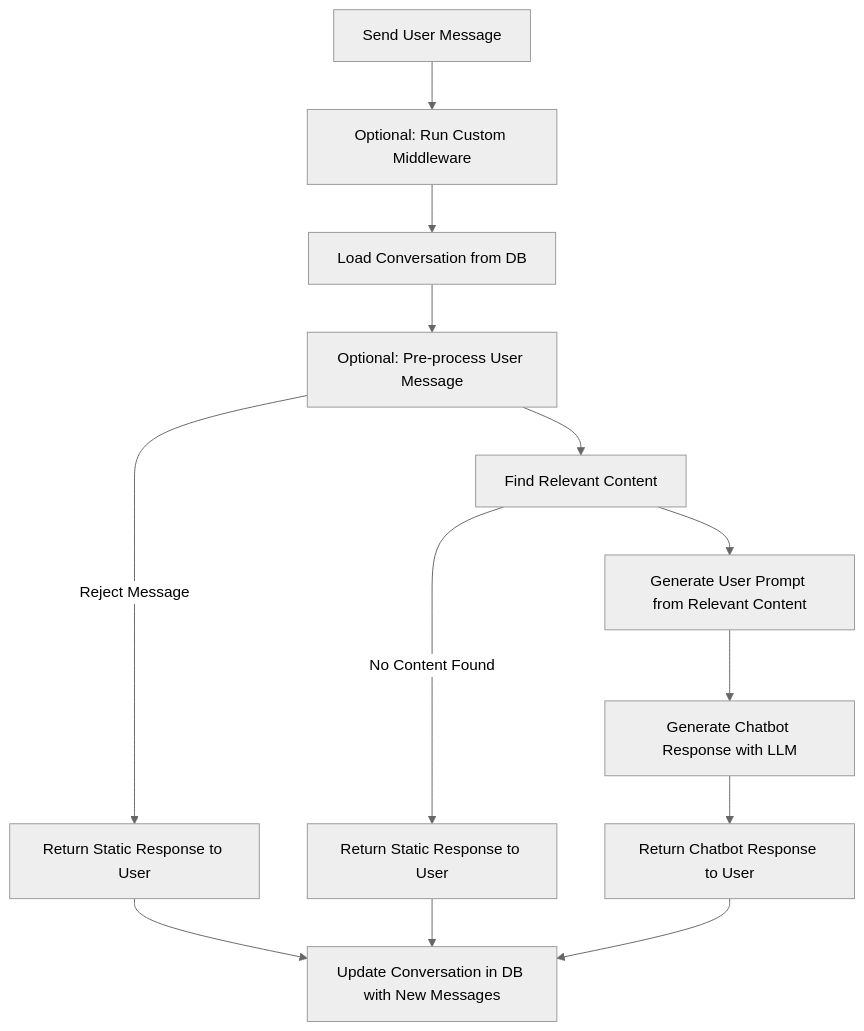
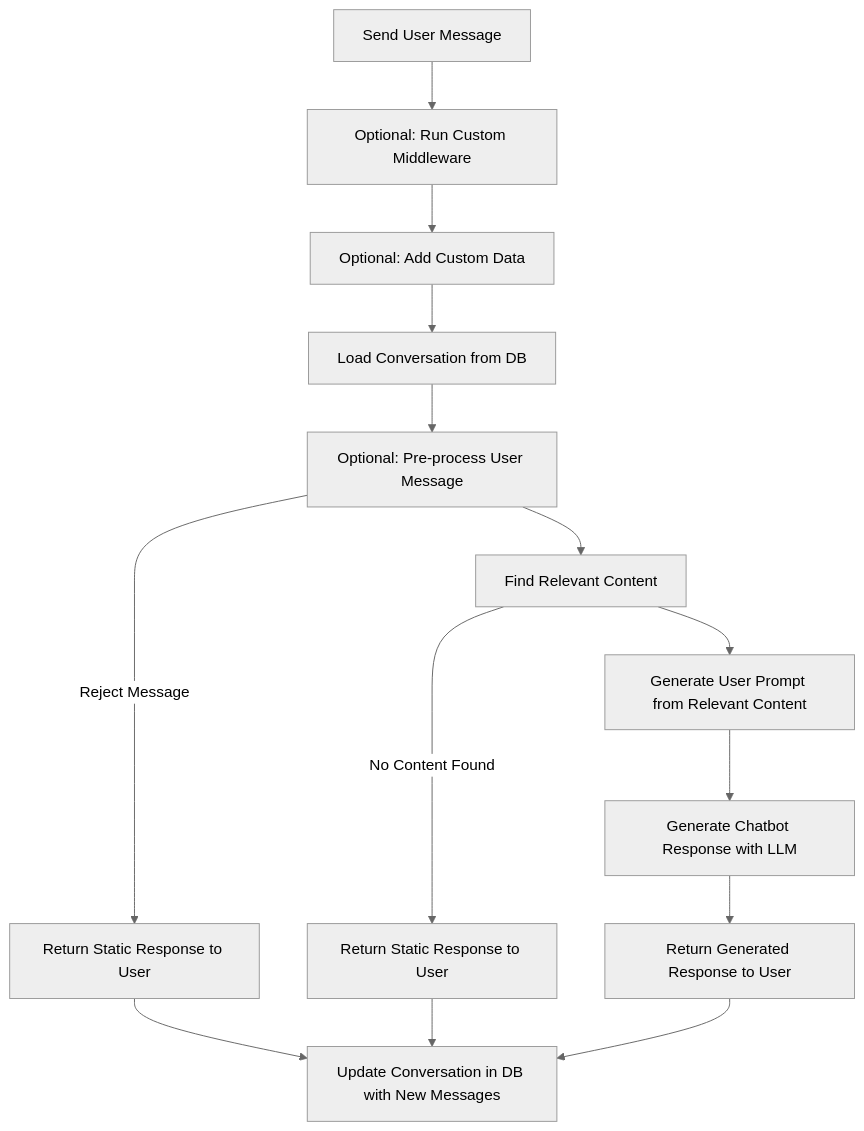
Before and after one commit to mongodb/chatbot: the diagram in docs/docs/server/conversations.md, drawn with Mermaid (neutral theme). The commit also changed other lines of this file and 3 other files, not shown here.

````diff
--- a/docs/docs/server/conversations.md
+++ b/docs/docs/server/conversations.md
@@ -54,15 +56,16 @@
 ```mermaid
 graph TD
     SEND[Send User Message] --> MID[Optional: Run Custom Middleware]
-    MID --> LOAD[Load Conversation from DB]
+    MID --> CD[Optional: Add Custom Data]
+    CD --> LOAD[Load Conversation from DB]
     LOAD --> PREP[Optional: Pre-process User Message]
     PREP -->|Reject Message| REJ[Return Static Response to User]
     PREP --> FIND[Find Relevant Content]
     FIND -->|No Content Found| NOCO[Return Static Response to User]
     FIND --> USER[Generate User Prompt from Relevant Content]
     USER --> LLM[Generate Chatbot Response with LLM]
-    LLM --> RES[Return Chatbot Response to User]
+    LLM --> RES[Return Generated Response to User]
     RES --> UPDATE[Update Conversation in DB with New Messages]
     REJ --> UPDATE
     NOCO --> UPDATE
 ```
````
